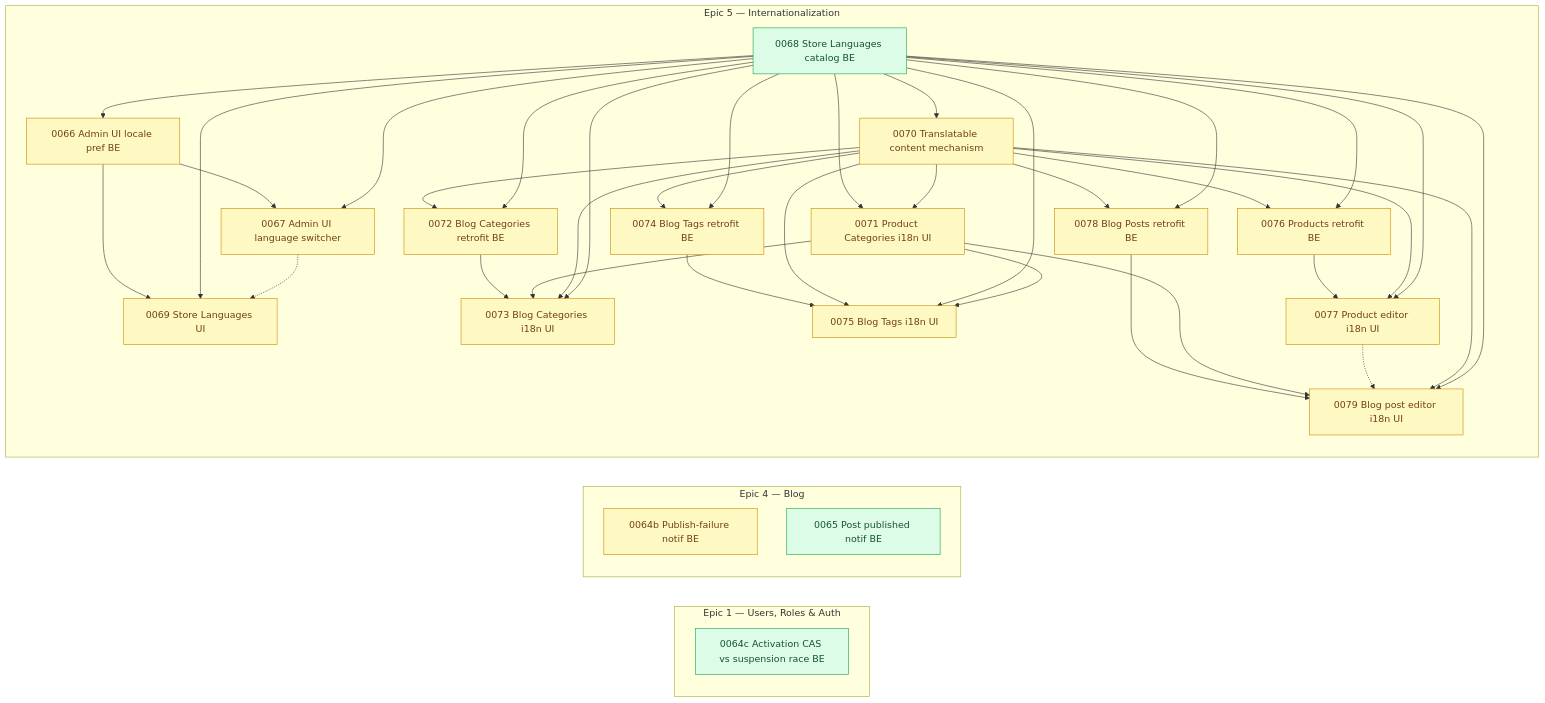
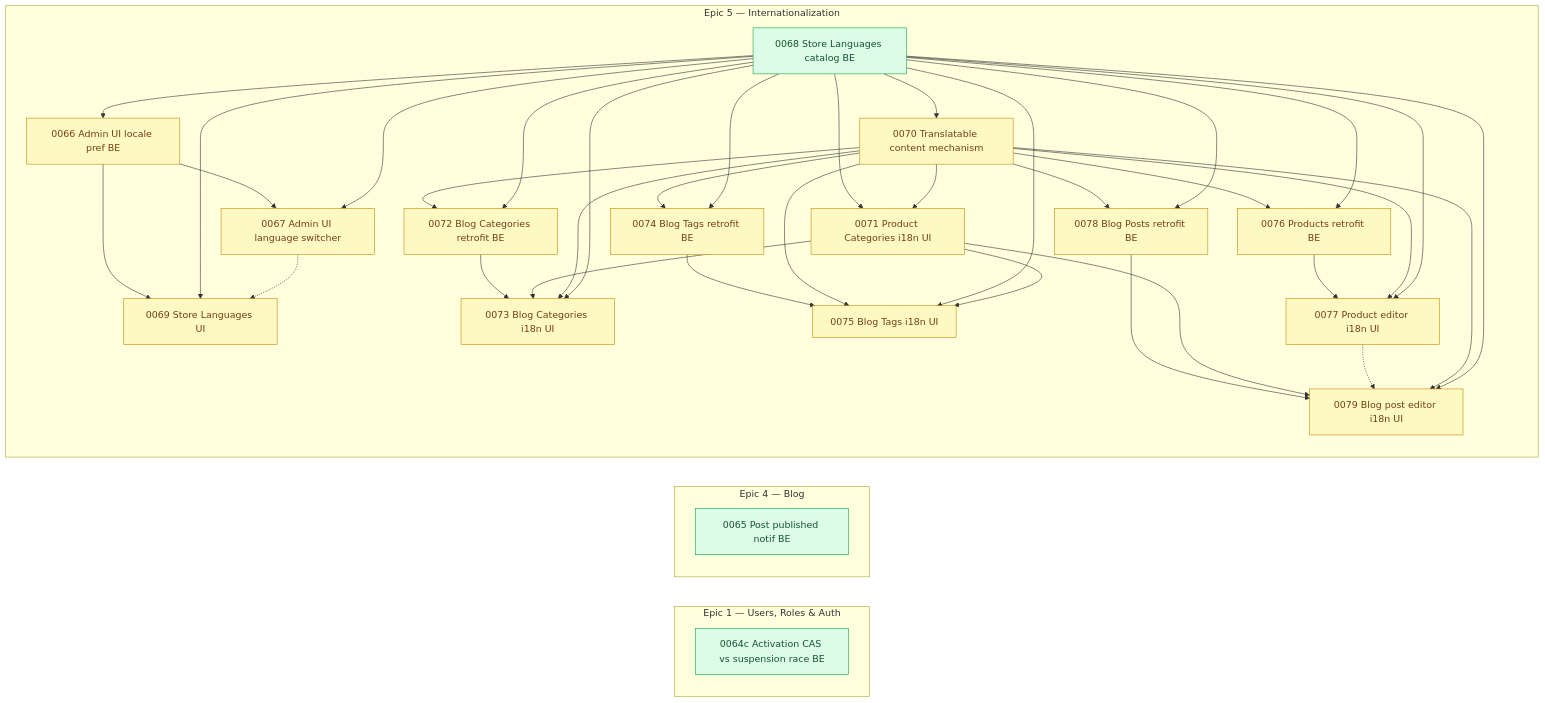
Before and after one commit to shojen/AI4Devs-finalproject: the diagram in arospe/ai-spec/tasks-map.md, drawn with Mermaid. The commit also changed other lines of this file and 16 other files, not shown here.

````diff
--- a/arospe/ai-spec/tasks-map.md
+++ b/arospe/ai-spec/tasks-map.md
@@ -283,7 +288,6 @@
 
     subgraph PEND_BLOG["Epic 4 — Blog"]
         direction TB
-        P0064b["0064b Publish-failure notif BE"]
         P0065["0065 Post published notif BE"]
     end
 
@@ -335,6 +339,9 @@
     %% Blog
     %% (P0061 --> P0062/P0063/P0064/P0065/P0078 dropped: 0061 closed to done/ this pass, so its node
     %% and every edge touching it are removed; 0062/0063/0064 had no other incoming edge and are now ready)
+    %% (P0064b's own node dropped: 0064b closed to done/ this pass. It had no incoming edge of its
+    %% own -- no pending task named it as a depends_on blocker -- so removing it re-derives nothing
+    %% further; 0065/0078 only held it in conflict_risk_with, not depends_on.)
 
     %% i18n
     P0068 --> P0066
@@ -371,6 +378,6 @@
     P0070 --> P0079
     P0068 --> P0079
 
-    class P0064b,P0066,P0067,P0069,P0070,P0071,P0072,P0073,P0074,P0075,P0076,P0077,P0078,P0079 pending;
+    class P0066,P0067,P0069,P0070,P0071,P0072,P0073,P0074,P0075,P0076,P0077,P0078,P0079 pending;
     class P0064c,P0065,P0068 ready;
 ```
````
